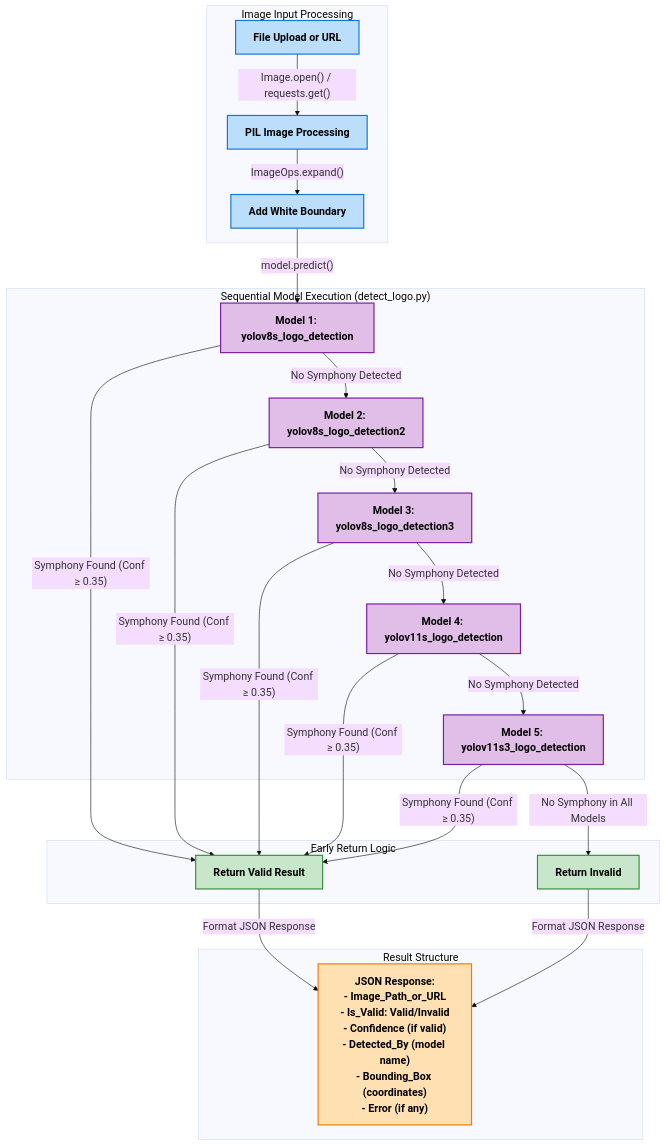
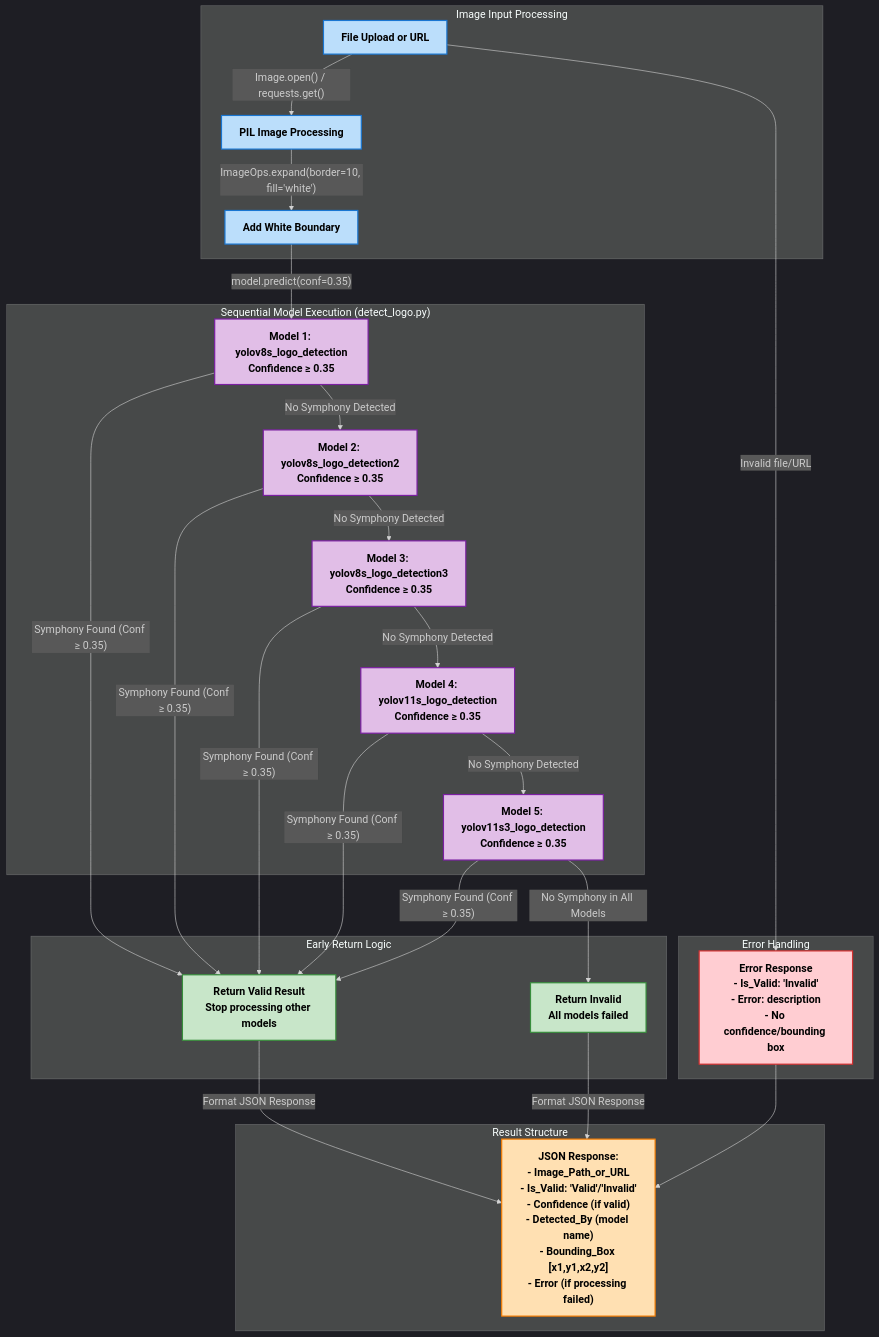
The diagram in docs/images/Model Architecture.mmd (Dhruv0306/SymphonyProject1), drawn with Mermaid before and after one commit. The commit also changed 36 other files, not shown here.

First line of the commit message:
docs: enhance architecture and feature documentation

```diff
--- a/docs/images/Model Architecture.mmd
+++ b/docs/images/Model Architecture.mmd
@@ -1,39 +1,45 @@
-%%{init: {'theme': 'base', 'themeVariables': { 'fontFamily': 'arial', 'fontSize': '18px', 'fontWeight': 'bold'}}}%%
+%%{init: {'theme': 'dark', 'themeVariables': { 'fontFamily': 'arial', 'fontSize': '18px', 'fontWeight': 'bold'}}}%%
 graph TD
     subgraph "Image Input Processing"
         style A fill:#bbdefb,stroke:#1976d2,stroke-width:2px,color:#000000,font-weight:bold
         style B fill:#bbdefb,stroke:#1976d2,stroke-width:2px,color:#000000,font-weight:bold
         style C fill:#bbdefb,stroke:#1976d2,stroke-width:2px,color:#000000,font-weight:bold
         A["File Upload or URL"] -->|"Image.open() / requests.get()"| B["PIL Image Processing"]
-        B -->|"ImageOps.expand()"| C["Add White Boundary"]
+        B -->|"ImageOps.expand(border=10, fill='white')"| C["Add White Boundary"]
     end
 
     subgraph "Sequential Model Execution (detect_logo.py)"
         style D1 fill:#e1bee7,stroke:#7b1fa2,stroke-width:2px,color:#000000,font-weight:bold
         style D2 fill:#e1bee7,stroke:#7b1fa2,stroke-width:2px,color:#000000,font-weight:bold
         style D3 fill:#e1bee7,stroke:#7b1fa2,stroke-width:2px,color:#000000,font-weight:bold
         style D4 fill:#e1bee7,stroke:#7b1fa2,stroke-width:2px,color:#000000,font-weight:bold
         style D5 fill:#e1bee7,stroke:#7b1fa2,stroke-width:2px,color:#000000,font-weight:bold
-        C -->|"model.predict()"| D1["Model 1: yolov8s_logo_detection"]
-        D1 -->|"No Symphony Detected"| D2["Model 2: yolov8s_logo_detection2"]
-        D2 -->|"No Symphony Detected"| D3["Model 3: yolov8s_logo_detection3"]
-        D3 -->|"No Symphony Detected"| D4["Model 4: yolov11s_logo_detection"]
-        D4 -->|"No Symphony Detected"| D5["Model 5: yolov11s3_logo_detection"]
+        C -->|"model.predict(conf=0.35)"| D1["Model 1: yolov8s_logo_detection<br/>Confidence ≥ 0.35"]
+        D1 -->|"No Symphony Detected"| D2["Model 2: yolov8s_logo_detection2<br/>Confidence ≥ 0.35"]
+        D2 -->|"No Symphony Detected"| D3["Model 3: yolov8s_logo_detection3<br/>Confidence ≥ 0.35"]
+        D3 -->|"No Symphony Detected"| D4["Model 4: yolov11s_logo_detection<br/>Confidence ≥ 0.35"]
+        D4 -->|"No Symphony Detected"| D5["Model 5: yolov11s3_logo_detection<br/>Confidence ≥ 0.35"]
     end
 
     subgraph "Early Return Logic"
         style E1 fill:#c8e6c9,stroke:#388e3c,stroke-width:2px,color:#000000,font-weight:bold
         style E2 fill:#c8e6c9,stroke:#388e3c,stroke-width:2px,color:#000000,font-weight:bold
-        D1 -->|"Symphony Found (Conf ≥ 0.35)"| E1["Return Valid Result"]
+        D1 -->|"Symphony Found (Conf ≥ 0.35)"| E1["Return Valid Result<br/>Stop processing other models"]
         D2 -->|"Symphony Found (Conf ≥ 0.35)"| E1
         D3 -->|"Symphony Found (Conf ≥ 0.35)"| E1
         D4 -->|"Symphony Found (Conf ≥ 0.35)"| E1
         D5 -->|"Symphony Found (Conf ≥ 0.35)"| E1
-        D5 -->|"No Symphony in All Models"| E2["Return Invalid"]
+        D5 -->|"No Symphony in All Models"| E2["Return Invalid<br/>All models failed"]
     end
 
     subgraph "Result Structure"
         style F fill:#ffe0b2,stroke:#f57c00,stroke-width:2px,color:#000000,font-weight:bold
-        E1 -->|"Format JSON Response"| F["JSON Response:<br/>- Image_Path_or_URL<br/>- Is_Valid: Valid/Invalid<br/>- Confidence (if valid)<br/>- Detected_By (model name)<br/>- Bounding_Box (coordinates)<br/>- Error (if any)"]
+        E1 -->|"Format JSON Response"| F["JSON Response:<br/>- Image_Path_or_URL<br/>- Is_Valid: 'Valid'/'Invalid'<br/>- Confidence (if valid)<br/>- Detected_By (model name)<br/>- Bounding_Box [x1,y1,x2,y2]<br/>- Error (if processing failed)"]
         E2 -->|"Format JSON Response"| F
     end
+
+    subgraph "Error Handling"
+        style G fill:#ffcdd2,stroke:#d32f2f,stroke-width:2px,color:#000000,font-weight:bold
+        A -->|"Invalid file/URL"| G["Error Response<br/>- Is_Valid: 'Invalid'<br/>- Error: description<br/>- No confidence/bounding box"]
+        G --> F
+    end
```
